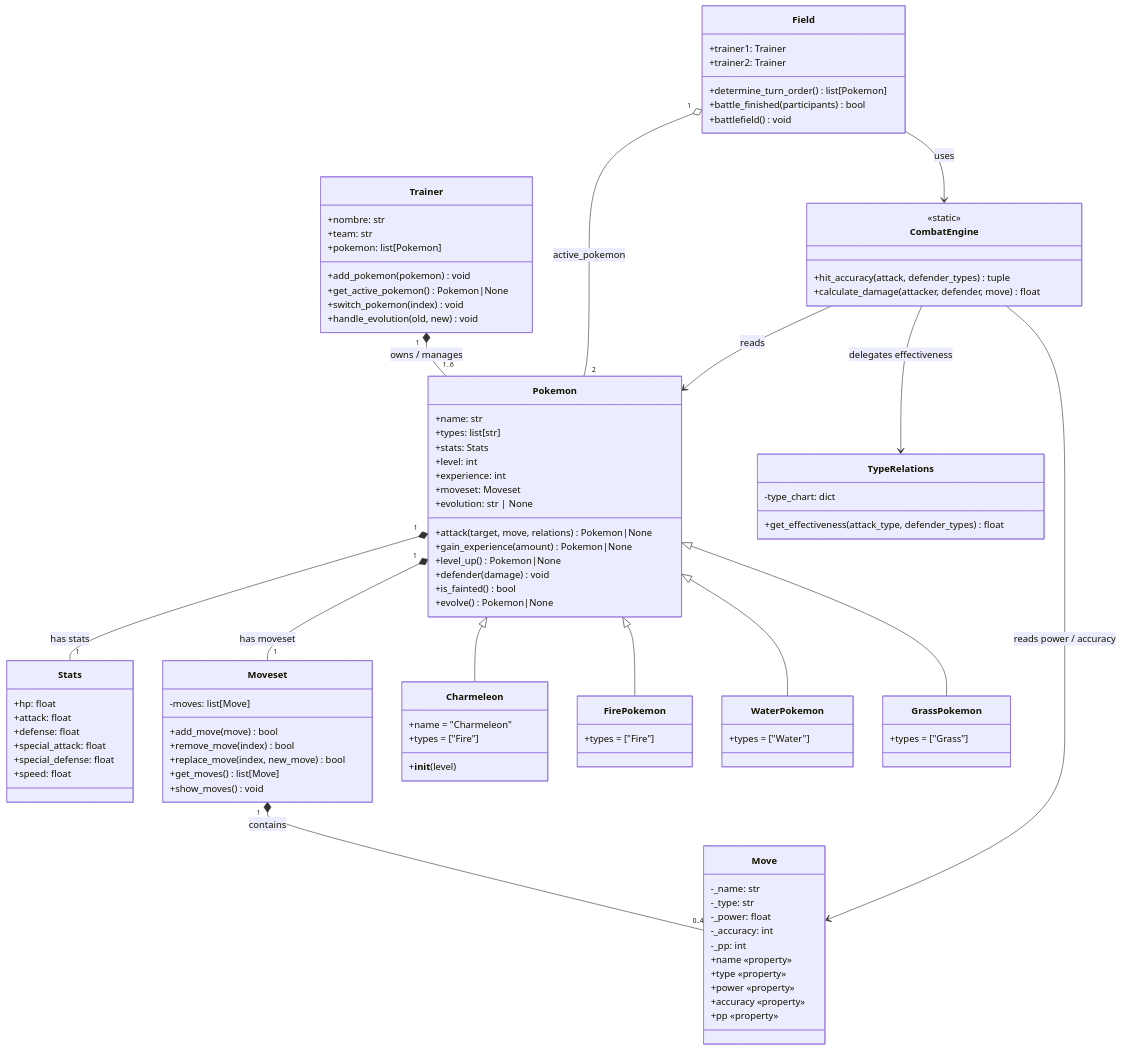
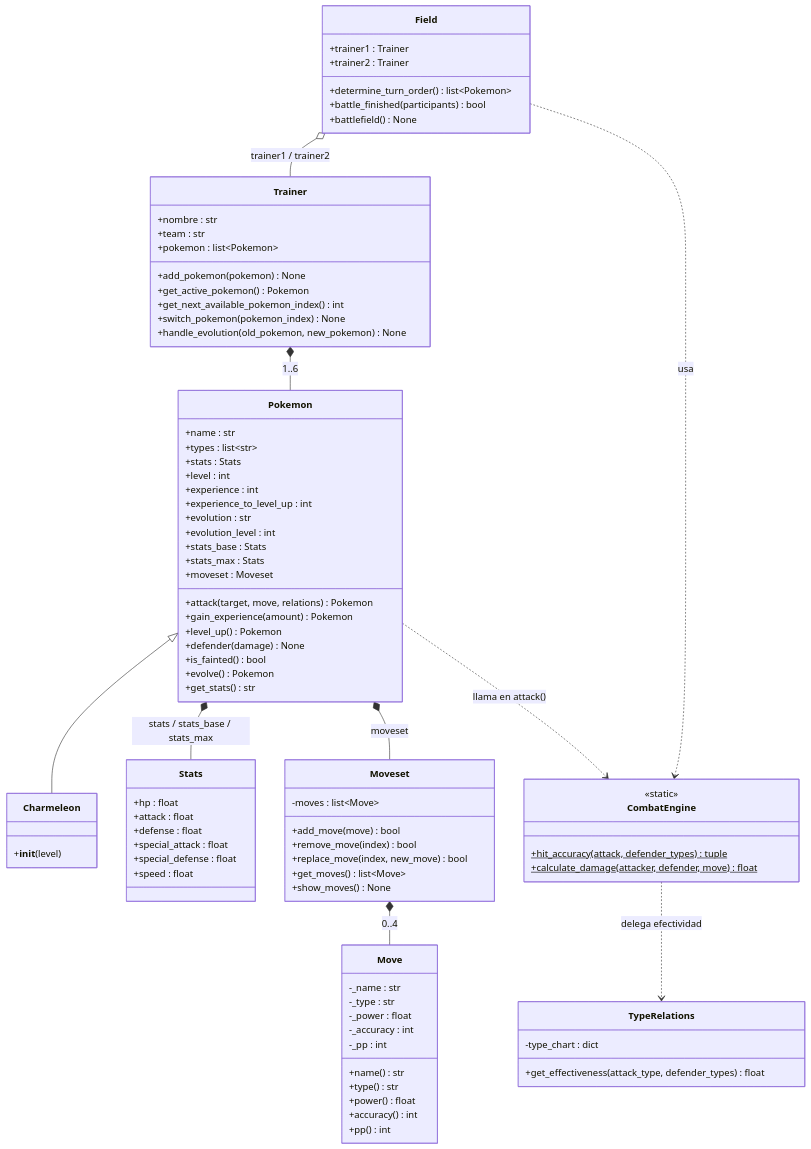
The diagram in README.md (SantiRincon-dev/poo-2026-1), drawn with Mermaid before and after one commit. The commit also changed other lines of this file and 2 other files, not shown here.

Commit message:
Actualización README y diagrama UML

````diff
--- a/README.md
+++ b/README.md
@@ -178,117 +168,100 @@
 ```mermaid
 classDiagram
-    direction TB
+  direction TB
 
-    %% ─── Composición / Agregación ───────────────────────────────────────────
-    Trainer "1" *-- "1..6" Pokemon : owns / manages
-    Pokemon "1" *-- "1" Stats       : has stats
-    Pokemon "1" *-- "1" Moveset     : has moveset
-    Moveset "1" *-- "0..4" Move     : contains
-    Field "1" o-- "2" Pokemon       : active_pokemon
+  class TypeRelations {
+    -type_chart : dict
+    +get_effectiveness(attack_type, defender_types) float
+  }
 
-    %% ─── Dependencias ────────────────────────────────────────────────────────
-    Field      --> CombatEngine    : uses
-    CombatEngine --> Pokemon       : reads
-    CombatEngine --> Move          : reads power / accuracy
-    CombatEngine --> TypeRelations : delegates effectiveness
+  class Stats {
+    +hp : float
+    +attack : float
+    +defense : float
+    +special_attack : float
+    +special_defense : float
+    +speed : float
+  }
 
-    %% ─── Herencia ────────────────────────────────────────────────────────────
-    Pokemon <|-- Charmeleon
-    Pokemon <|-- FirePokemon
-    Pokemon <|-- WaterPokemon
-    Pokemon <|-- GrassPokemon
+  class Move {
+    -_name : str
+    -_type : str
+    -_power : float
+    -_accuracy : int
+    -_pp : int
+    +name() str
+    +type() str
+    +power() float
+    +accuracy() int
+    +pp() int
+  }
 
-    class Stats {
-        +hp: float
-        +attack: float
-        +defense: float
-        +special_attack: float
-        +special_defense: float
-        +speed: float
-    }
+  class Moveset {
+    -moves : list~Move~
+    +add_move(move) bool
+    +remove_move(index) bool
+    +replace_move(index, new_move) bool
+    +get_moves() list~Move~
+    +show_moves() None
+  }
 
-    class Move {
-        -_name: str
-        -_type: str
-        -_power: float
-        -_accuracy: int
-        -_pp: int
-        +name «property»
-        +type «property»
-        +power «property»
-        +accuracy «property»
-        +pp «property»
-    }
+  class Pokemon {
+    +name : str
+    +types : list~str~
+    +stats : Stats
+    +level : int
+    +experience : int
+    +experience_to_level_up : int
+    +evolution : str
+    +evolution_level : int
+    +stats_base : Stats
+    +stats_max : Stats
+    +moveset : Moveset
+    +attack(target, move, relations) Pokemon
+    +gain_experience(amount) Pokemon
+    +level_up() Pokemon
+    +defender(damage) None
+    +is_fainted() bool
+    +evolve() Pokemon
+    +get_stats() str
+  }
 
-    class Moveset {
-        -moves: list[Move]
-        +add_move(move) bool
-        +remove_move(index) bool
-        +replace_move(index, new_move) bool
-        +get_moves() list[Move]
-        +show_moves() void
-    }
+  class Charmeleon {
+    +__init__(level)
+  }
 
-    class Pokemon {
-        +name: str
-        +types: list[str]
-        +stats: Stats
-        +level: int
-        +experience: int
-        +moveset: Moveset
-        +evolution: str | None
-        +attack(target, move, relations) Pokemon|None
-        +gain_experience(amount) Pokemon|None
-        +level_up() Pokemon|None
-        +defender(damage) void
-        +is_fainted() bool
-        +evolve() Pokemon|None
-    }
+  class CombatEngine {
+    <<static>>
+    +hit_accuracy(attack, defender_types)$ tuple
+    +calculate_damage(attacker, defender, move)$ float
+  }
 
-    class Charmeleon {
-        +name = "Charmeleon"
-        +types = ["Fire"]
-        +__init__(level)
-    }
+  class Trainer {
+    +nombre : str
+    +team : str
+    +pokemon : list~Pokemon~
+    +add_pokemon(pokemon) None
+    +get_active_pokemon() Pokemon
+    +get_next_available_pokemon_index() int
+    +switch_pokemon(pokemon_index) None
+    +handle_evolution(old_pokemon, new_pokemon) None
+  }
 
-    class FirePokemon {
-        +types = ["Fire"]
-    }
+  class Field {
+    +trainer1 : Trainer
+    +trainer2 : Trainer
+    +determine_turn_order() list~Pokemon~
+    +battle_finished(participants) bool
+    +battlefield() None
+  }
 
-    class WaterPokemon {
-        +types = ["Water"]
-    }
-
-    class GrassPokemon {
-        +types = ["Grass"]
-    }
-
-    class TypeRelations {
-        -type_chart: dict
-        +get_effectiveness(attack_type, defender_types) float
-    }
-
-    class CombatEngine {
-        <<static>>
-        +hit_accuracy(attack, defender_types) tuple
-        +calculate_damage(attacker, defender, move) float
-    }
-
-    class Trainer {
-        +nombre: str
-        +team: str
-        +pokemon: list[Pokemon]
-        +add_pokemon(pokemon) void
-        +get_active_pokemon() Pokemon|None
-        +switch_pokemon(index) void
-        +handle_evolution(old, new) void
-    }
-
-    class Field {
-        +trainer1: Trainer
-        +trainer2: Trainer
-        +determine_turn_order() list[Pokemon]
-        +battle_finished(participants) bool
-        +battlefield() void
-    }
+  Pokemon <|-- Charmeleon
+  Pokemon *-- Stats : stats / stats_base / stats_max
+  Pokemon *-- Moveset : moveset
+  Moveset *-- Move : 0..4
+  Trainer *-- Pokemon : 1..6
+  Field o-- Trainer : trainer1 / trainer2
+  Field ..> CombatEngine : usa
+  CombatEngine ..> TypeRelations : delega efectividad
+  Pokemon ..> CombatEngine : llama en attack()
 ```
````
